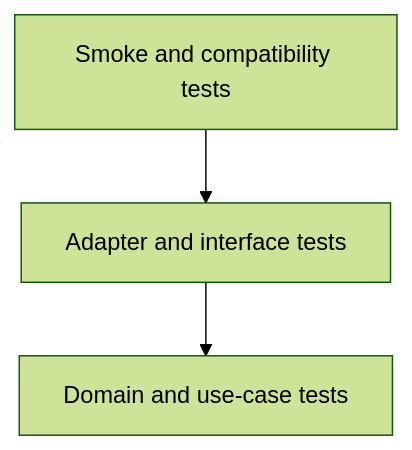
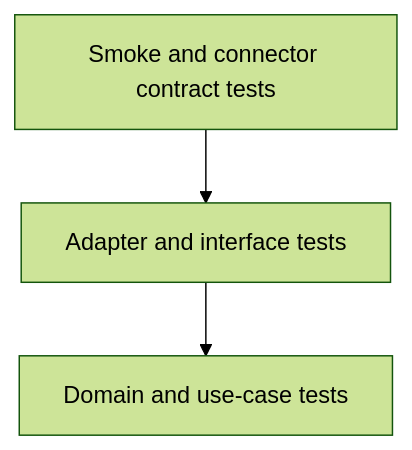
Before and after one commit to snithish/dal-obscura: the second of 2 diagrams in docs/development.md, drawn with Mermaid (forest theme). The commit also changed other lines of this file and 75 other files, not shown here.

````diff
--- a/docs/development.md
+++ b/docs/development.md
@@ -51,5 +51,5 @@
 ```mermaid
 flowchart TB
-    e2e["Smoke and compatibility tests"] --> integration["Adapter and interface tests"]
+    e2e["Smoke and connector contract tests"] --> integration["Adapter and interface tests"]
     integration --> unit["Domain and use-case tests"]
 ```
````
